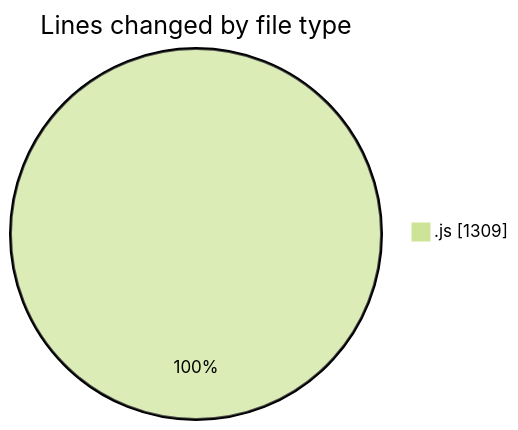
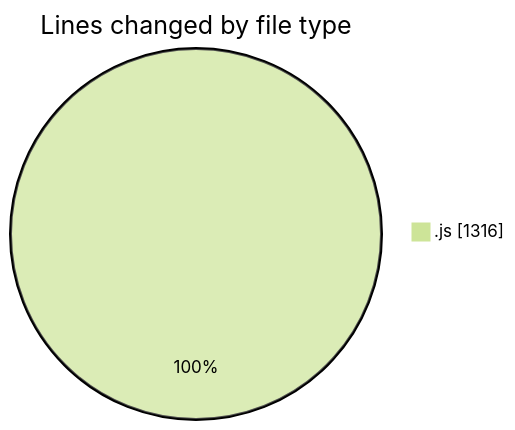
The first of 2 diagrams in 2025-03-13/cda/README.md (momahboobian/code-tracking), drawn with Mermaid (forest theme) before and after one commit. The commit also changed other lines of this file and 1 other file, not shown here.

````diff
--- a/2025-03-13/cda/README.md
+++ b/2025-03-13/cda/README.md
@@ -22,5 +22,5 @@
 ```mermaid
 pie showData
 title Lines changed by file type
-".js" : 1309
+".js" : 1316
 ```
````
